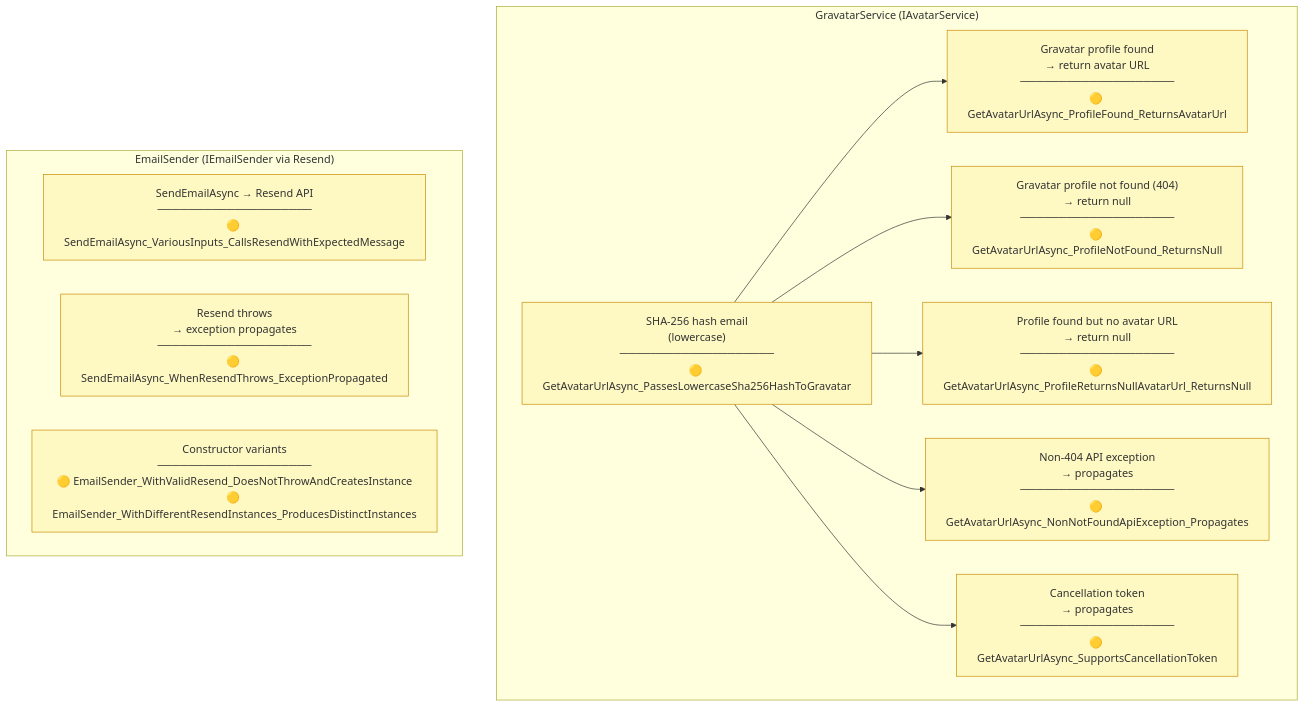
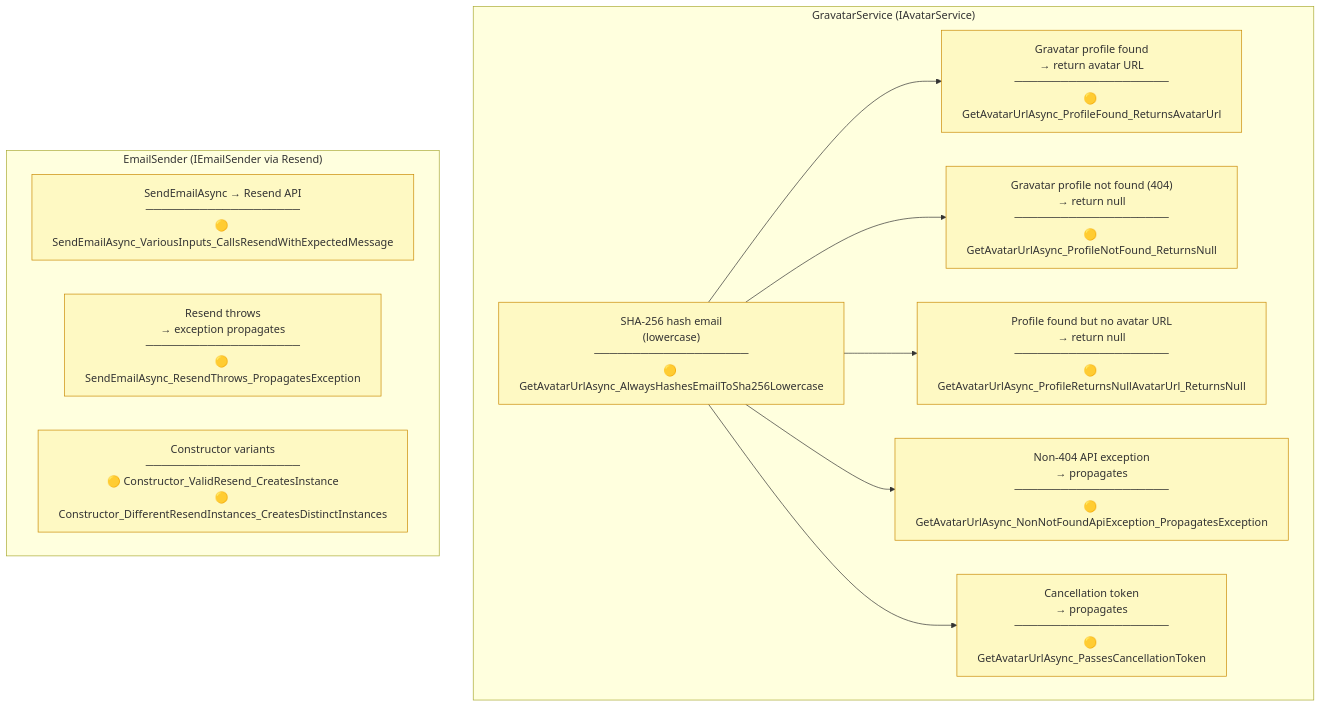
Before and after one commit to crgolden/Identity: diagram 14 of 16 in TESTING.md, drawn with Mermaid. The commit also changed other lines of this file and 54 other files, not shown here.

````diff
--- a/TESTING.md
+++ b/TESTING.md
@@ -979,32 +979,32 @@
 ```mermaid
 flowchart TD
     classDef unitOnly fill:#fef9c3,stroke:#ca8a04
 
     subgraph GravatarSvc["GravatarService (IAvatarService)"]
-        GV_Hash["SHA-256 hash email\n(lowercase)\n────────────────────\n🟡 GetAvatarUrlAsync_PassesLowercaseSha256HashToGravatar"]:::unitOnly
+        GV_Hash["SHA-256 hash email\n(lowercase)\n────────────────────\n🟡 GetAvatarUrlAsync_AlwaysHashesEmailToSha256Lowercase"]:::unitOnly
 
         GV_Found["Gravatar profile found\n→ return avatar URL\n────────────────────\n🟡 GetAvatarUrlAsync_ProfileFound_ReturnsAvatarUrl"]:::unitOnly
 
         GV_NotFound["Gravatar profile not found (404)\n→ return null\n────────────────────\n🟡 GetAvatarUrlAsync_ProfileNotFound_ReturnsNull"]:::unitOnly
 
         GV_NullUrl["Profile found but no avatar URL\n→ return null\n────────────────────\n🟡 GetAvatarUrlAsync_ProfileReturnsNullAvatarUrl_ReturnsNull"]:::unitOnly
 
-        GV_OtherErr["Non-404 API exception\n→ propagates\n────────────────────\n🟡 GetAvatarUrlAsync_NonNotFoundApiException_Propagates"]:::unitOnly
+        GV_OtherErr["Non-404 API exception\n→ propagates\n────────────────────\n🟡 GetAvatarUrlAsync_NonNotFoundApiException_PropagatesException"]:::unitOnly
 
-        GV_Cancel["Cancellation token\n→ propagates\n────────────────────\n🟡 GetAvatarUrlAsync_SupportsCancellationToken"]:::unitOnly
+        GV_Cancel["Cancellation token\n→ propagates\n────────────────────\n🟡 GetAvatarUrlAsync_PassesCancellationToken"]:::unitOnly
     end
 
     subgraph EmailSvc["EmailSender (IEmailSender via Resend)"]
         ES_Send["SendEmailAsync → Resend API\n────────────────────\n🟡 SendEmailAsync_VariousInputs_CallsResendWithExpectedMessage"]:::unitOnly
 
-        ES_Throw["Resend throws\n→ exception propagates\n────────────────────\n🟡 SendEmailAsync_WhenResendThrows_ExceptionPropagated"]:::unitOnly
+        ES_Throw["Resend throws\n→ exception propagates\n────────────────────\n🟡 SendEmailAsync_ResendThrows_PropagatesException"]:::unitOnly
 
-        ES_Ctor["Constructor variants\n────────────────────\n🟡 EmailSender_WithValidResend_DoesNotThrowAndCreatesInstance\n🟡 EmailSender_WithDifferentResendInstances_ProducesDistinctInstances"]:::unitOnly
+        ES_Ctor["Constructor variants\n────────────────────\n🟡 Constructor_ValidResend_CreatesInstance\n🟡 Constructor_DifferentResendInstances_CreatesDistinctInstances"]:::unitOnly
     end
 
     GV_Hash --> GV_Found
     GV_Hash --> GV_NotFound
     GV_Hash --> GV_NullUrl
     GV_Hash --> GV_OtherErr
     GV_Hash --> GV_Cancel
 ```
````
